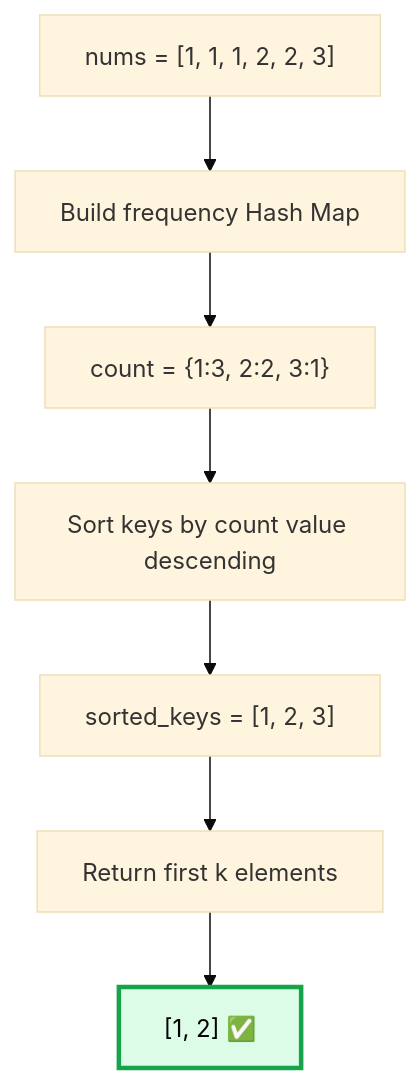
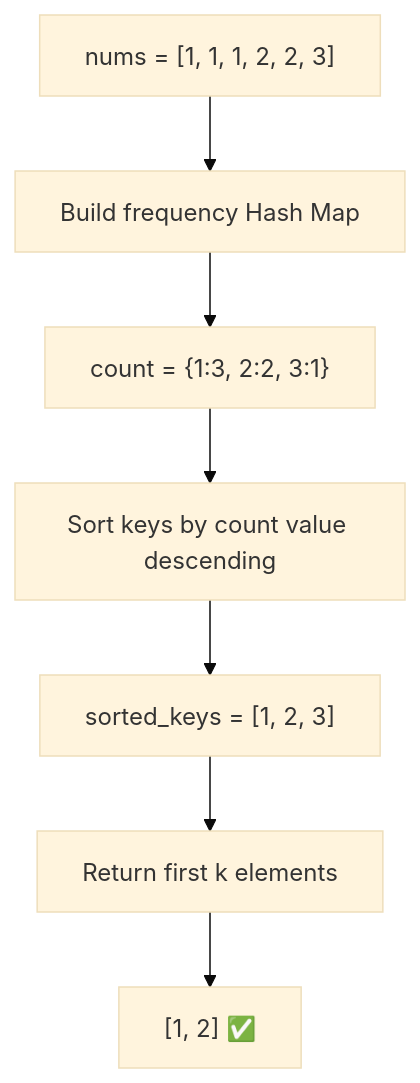
The fifth of 12 diagrams in 05 - Top K Frequent Elements/README.md (M-F-Tushar/LeetCode-Problem-Solving), drawn with Mermaid (base theme) before and after one commit. The commit also changed other lines of this file and 6 other files, not shown here.

Commit message:
added 06 - Is Subsequence, 07 - Longest Consecutive Sequence

````diff
--- a/05 - Top K Frequent Elements/README.md
+++ b/05 - Top K Frequent Elements/README.md
@@ -182,11 +176,10 @@
 ```mermaid
 flowchart TD
     A["nums = [1, 1, 1, 2, 2, 3]"] --> B["Build frequency Hash Map"]
     B --> C["count = {1:3, 2:2, 3:1}"]
     C --> D["Sort keys by count value descending"]
     D --> E["sorted_keys = [1, 2, 3]"]
     E --> F["Return first k elements"]
     F --> G["[1, 2] ✅"]
 
-    style G fill:#dcfce7,stroke:#16a34a,stroke-width:3px,color:#000000
 ```
````
